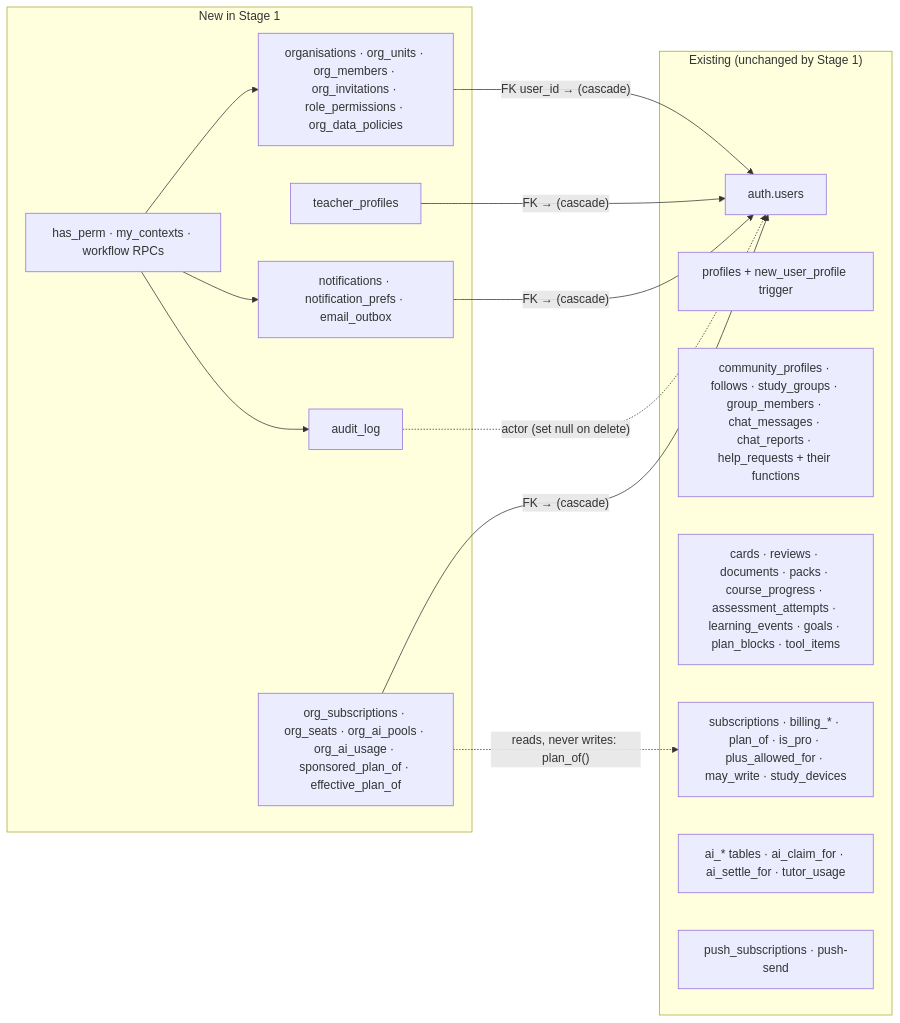
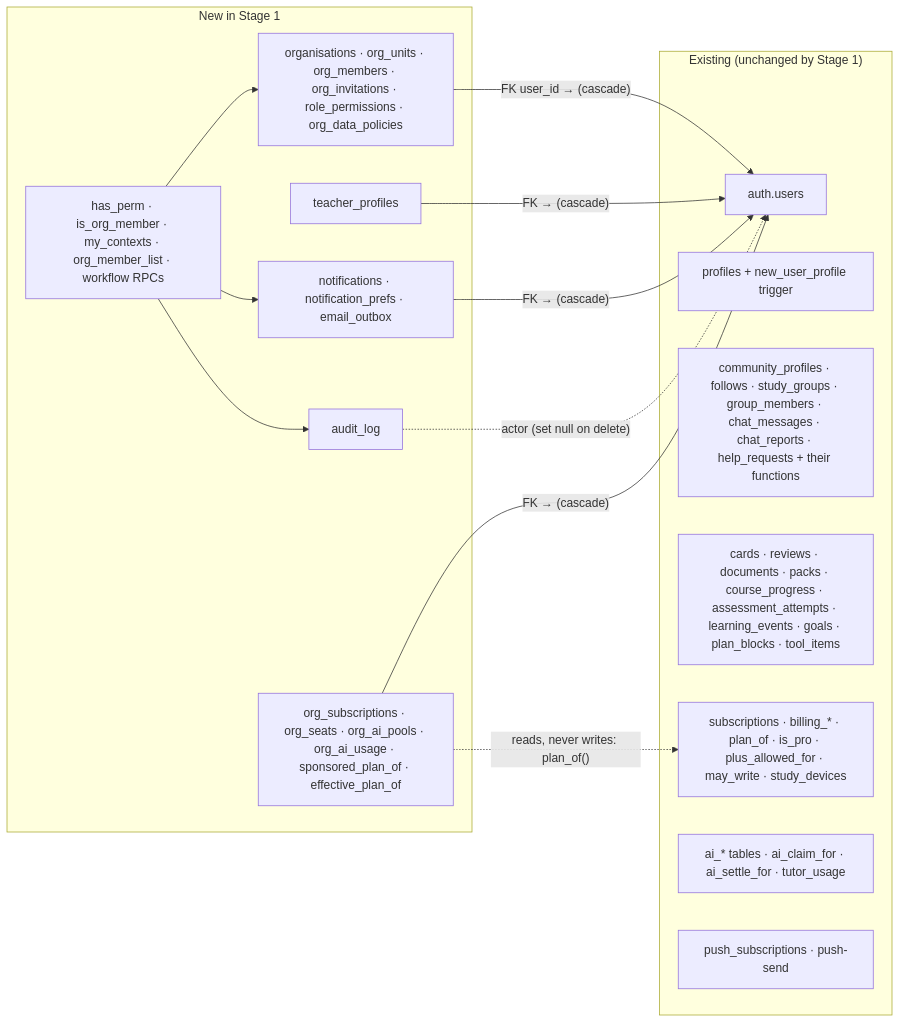
One commit to seren-aitchison/Gradify changed the diagram in docs/architecture/STAGE1-DEPENDENCIES.md. Above: the diagram before and after it, drawn with Mermaid. The commit also changed other lines of this file and 12 other files, not shown here.

````diff
--- a/docs/architecture/STAGE1-DEPENDENCIES.md
+++ b/docs/architecture/STAGE1-DEPENDENCIES.md
@@ -17,29 +17,29 @@
 ```mermaid
 flowchart LR
   subgraph EXISTING["Existing (unchanged by Stage 1)"]
     AU[auth.users]
     PR[profiles + new_user_profile trigger]
     CM[community_profiles · follows · study_groups · group_members · chat_messages · chat_reports · help_requests + their functions]
     LR[cards · reviews · documents · packs · course_progress · assessment_attempts · learning_events · goals · plan_blocks · tool_items]
     BI[subscriptions · billing_* · plan_of · is_pro · plus_allowed_for · may_write · study_devices]
     AI[ai_* tables · ai_claim_for · ai_settle_for · tutor_usage]
     PS[push_subscriptions · push-send]
   end
   subgraph NEW["New in Stage 1"]
     OR[organisations · org_units · org_members · org_invitations · role_permissions · org_data_policies]
     TP[teacher_profiles]
-    HP[has_perm · my_contexts · workflow RPCs]
+    HP[has_perm · is_org_member · my_contexts · org_member_list · workflow RPCs]
     AL[audit_log]
     NO[notifications · notification_prefs · email_outbox]
     EN[org_subscriptions · org_seats · org_ai_pools · org_ai_usage · sponsored_plan_of · effective_plan_of]
   end
   OR -- "FK user_id → (cascade)" --> AU
   TP -- "FK → (cascade)" --> AU
   NO -- "FK → (cascade)" --> AU
   AL -. "actor (set null on delete)" .-> AU
   EN -- "FK → (cascade)" --> AU
   EN -. "reads, never writes: plan_of()" .-> BI
   HP --> OR
   HP --> AL
   HP --> NO
 ```
````
